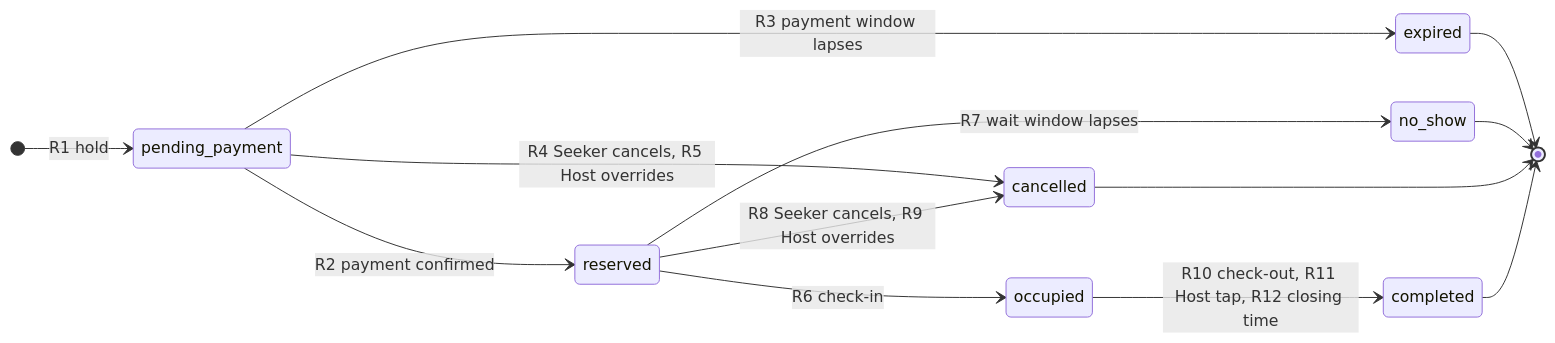
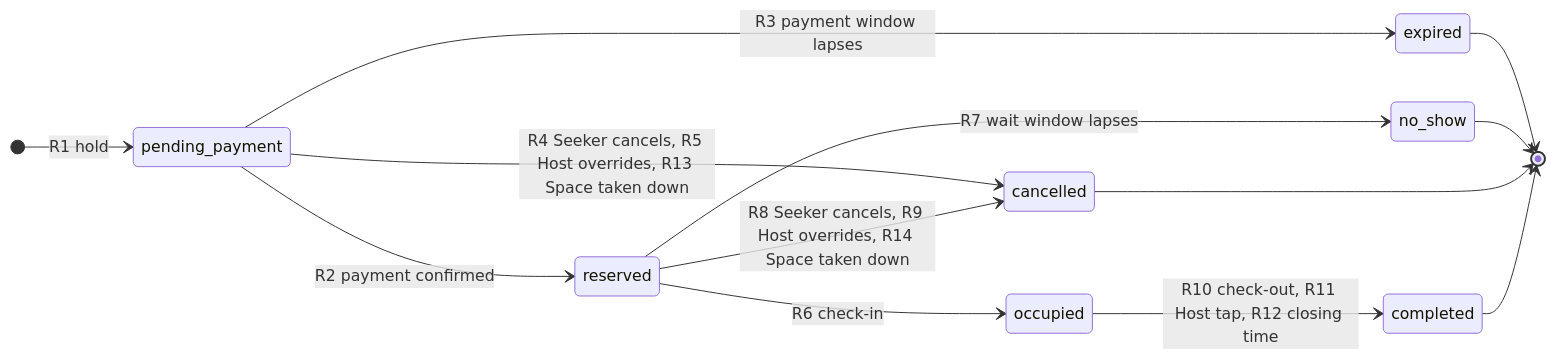
One commit to dreeyanzz/studyhub changed the first of 3 diagrams in docs/flows/reservation-lifecycle.md. Above: the diagram before and after it, drawn with Mermaid. The commit also changed other lines of this file and 7 other files, not shown here.

First line of the commit message:
docs(STORY-00): change the space verification flow for sprint 3 (#346)

````diff
--- a/docs/flows/reservation-lifecycle.md
+++ b/docs/flows/reservation-lifecycle.md
@@ -64,16 +66,16 @@
 ```mermaid
 stateDiagram-v2
     direction LR
     [*] --> pending_payment: R1 hold
     pending_payment --> reserved: R2 payment confirmed
     pending_payment --> expired: R3 payment window lapses
-    pending_payment --> cancelled: R4 Seeker cancels, R5 Host overrides
+    pending_payment --> cancelled: R4 Seeker cancels, R5 Host overrides, R13 Space taken down
     reserved --> occupied: R6 check-in
     reserved --> no_show: R7 wait window lapses
-    reserved --> cancelled: R8 Seeker cancels, R9 Host overrides
+    reserved --> cancelled: R8 Seeker cancels, R9 Host overrides, R14 Space taken down
     occupied --> completed: R10 check-out, R11 Host tap, R12 closing time
     expired --> [*]
     no_show --> [*]
     cancelled --> [*]
     completed --> [*]
 ```
````
